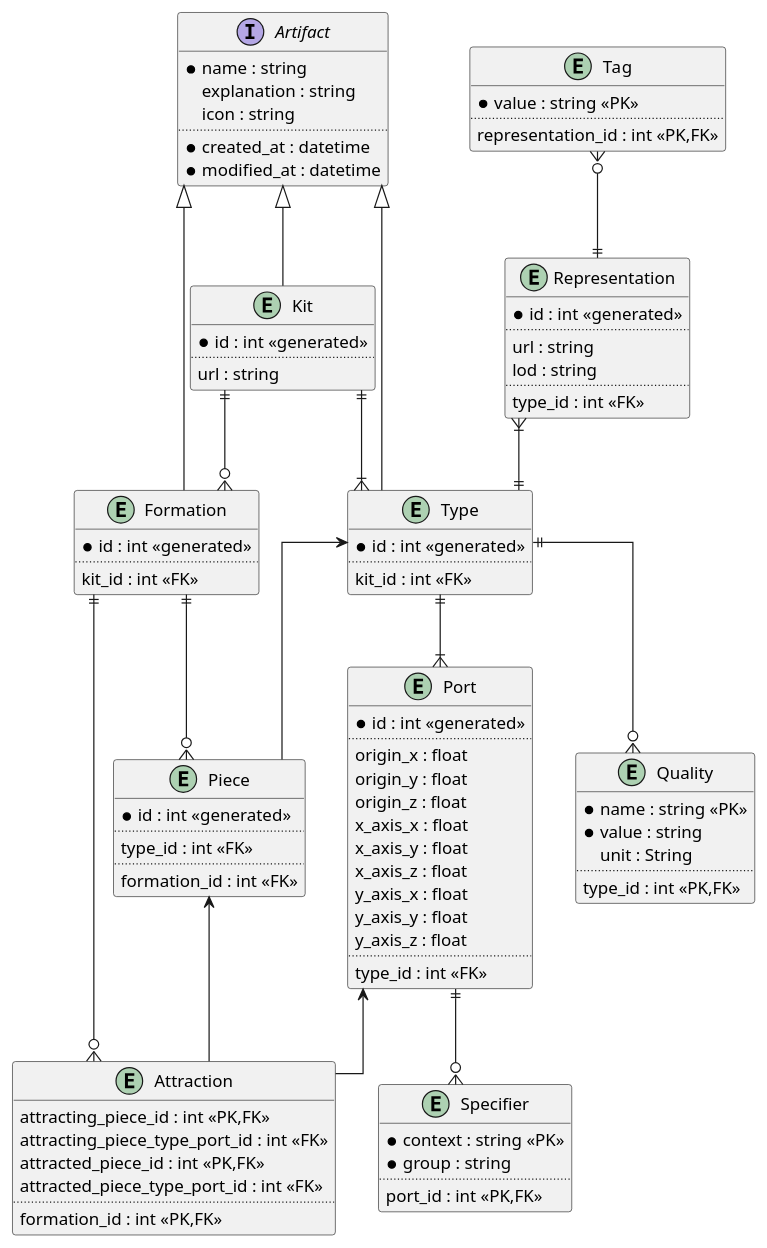
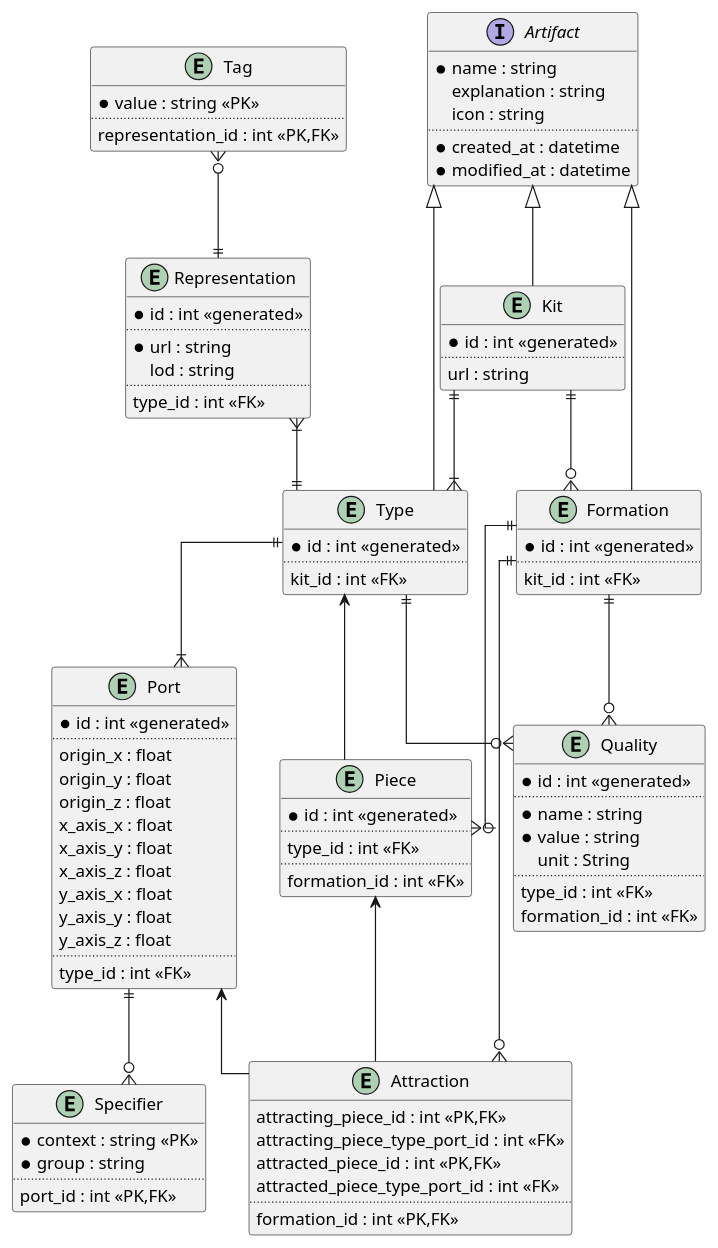
Before and after one commit to usalu/semio: the diagram in docs/softwarequality/softwarearchitecture/dataarchitecture.pu, drawn with PlantUML. The commit also changed 5 other files, not shown here.

```diff
--- a/docs/softwarequality/softwarearchitecture/dataarchitecture.pu
+++ b/docs/softwarequality/softwarearchitecture/dataarchitecture.pu
@@ -1,114 +1,118 @@
 @startuml "data architecture"
 skinparam linetype ortho
 
 interface Artifact {
     *name : string
     explanation : string
     icon : string
     ..
     *created_at : datetime
     *modified_at : datetime
 }
 
 entity Kit {
     *id : int <<generated>> 
     ..
     url : string
 }
 
 entity Type {
     *id : int <<generated>>
     ..
     kit_id : int <<FK>>
 }
 
 entity Representation {
     *id : int <<generated>>
     ..
-    url : string
+    *url : string
     lod : string
     ..
     type_id : int <<FK>>
 }
 
 entity Tag {
     *value : string <<PK>>
     ..
     representation_id : int <<PK,FK>>
 }
 
 entity Port {
     *id : int <<generated>>
     ..
     origin_x : float
     origin_y : float
     origin_z : float
     x_axis_x : float
     x_axis_y : float
     x_axis_z : float
     y_axis_x : float
     y_axis_y : float
     y_axis_z : float
     ..
     type_id : int <<FK>>
 }
 
 entity Quality {
-    *name : string <<PK>>
+    *id : int <<generated>>
+    ..
+    *name : string
     *value : string
     unit : String
     ..
-    type_id : int <<PK,FK>>
+    type_id : int <<FK>>
+    formation_id : int <<FK>>
 }
 
 
 entity Specifier {
     *context : string <<PK>>
     *group : string
     ..
     port_id : int <<PK,FK>>
 }
 
 entity Piece{
     *id : int <<generated>>
     ..
     type_id : int <<FK>>
     ..
     formation_id : int <<FK>>
 }
 
 entity Attraction {
     attracting_piece_id : int <<PK,FK>>
     attracting_piece_type_port_id : int <<FK>>
     attracted_piece_id : int <<PK,FK>>
     attracted_piece_type_port_id : int <<FK>>
     ..
     formation_id : int <<PK,FK>>
 }
 
 entity Formation {
     *id : int <<generated>>
     ..
     kit_id : int <<FK>>
 }
 
 
 Kit ||--|{ Type
 Kit ||--o{ Formation
 Tag }o--|| Representation
 Representation }|--|| Type
 Type ||--|{ Port
 Type ||--o{ Quality
 Formation ||--o{ Piece
 Formation ||--o{ Attraction
+Formation ||--o{ Quality
 Port ||--o{  Specifier
 Type <-- Piece
 Piece <-- Attraction
 Port <-- Attraction
 
 Artifact <|-- Kit
 Artifact <|-- Type
 Artifact <|-- Formation
 
 
 @enduml
```
